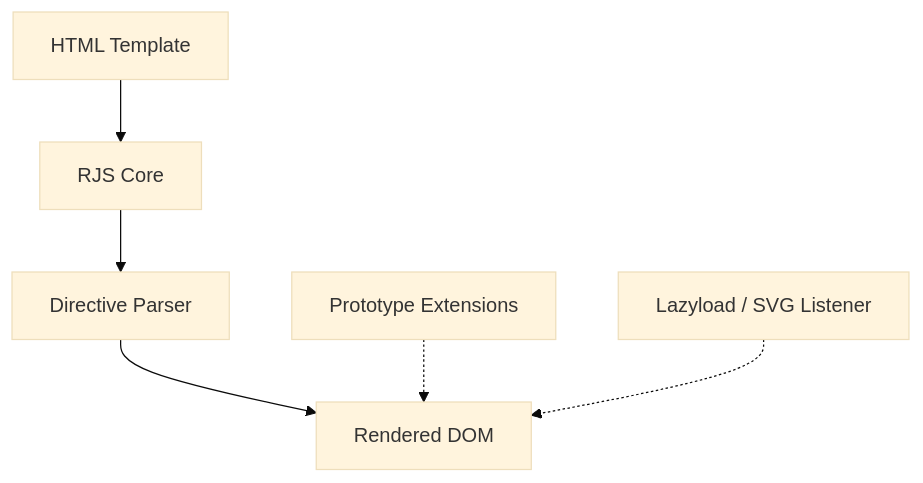
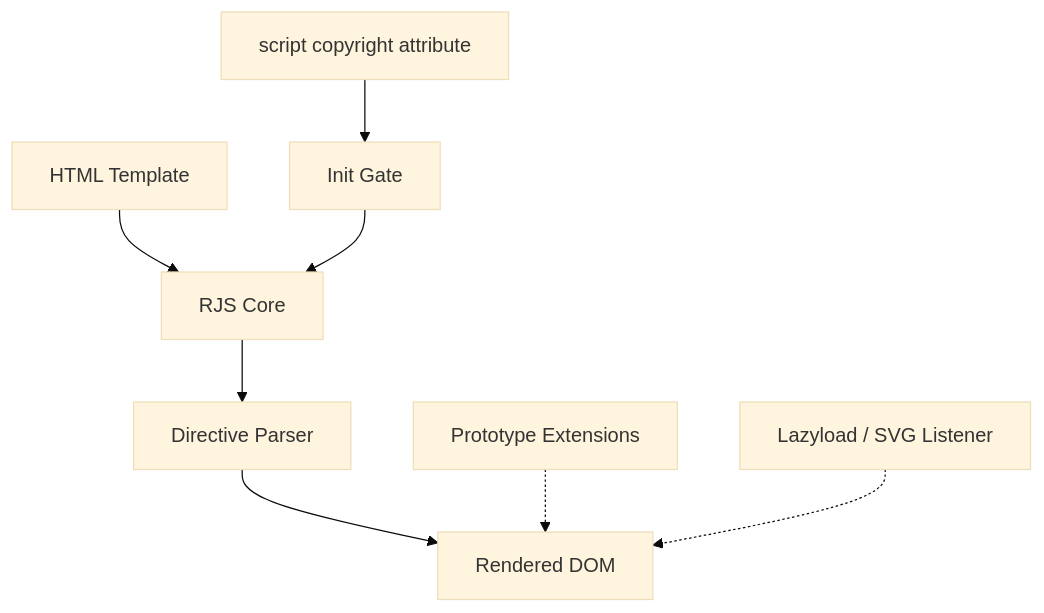
The diagram in README.md (pardnio/RenderJS), drawn with Mermaid (base theme) before and after one commit. The commit also changed other lines of this file and 8 other files, not shown here.

````diff
--- a/README.md
+++ b/README.md
@@ -47,8 +41,10 @@
 ```mermaid
 graph TB
-    A[HTML Template] --> B[RJS Core]
-    B --> C[Directive Parser]
-    C --> D[Rendered DOM]
-    E[Prototype Extensions] -.-> D
-    F[Lazyload / SVG Listener] -.-> D
+    S["script copyright attribute"] --> G[Init Gate]
+    T[HTML Template] --> R[RJS Core]
+    G --> R
+    R --> D[Directive Parser]
+    D --> O[Rendered DOM]
+    P[Prototype Extensions] -.-> O
+    L[Lazyload / SVG Listener] -.-> O
 ```
````
